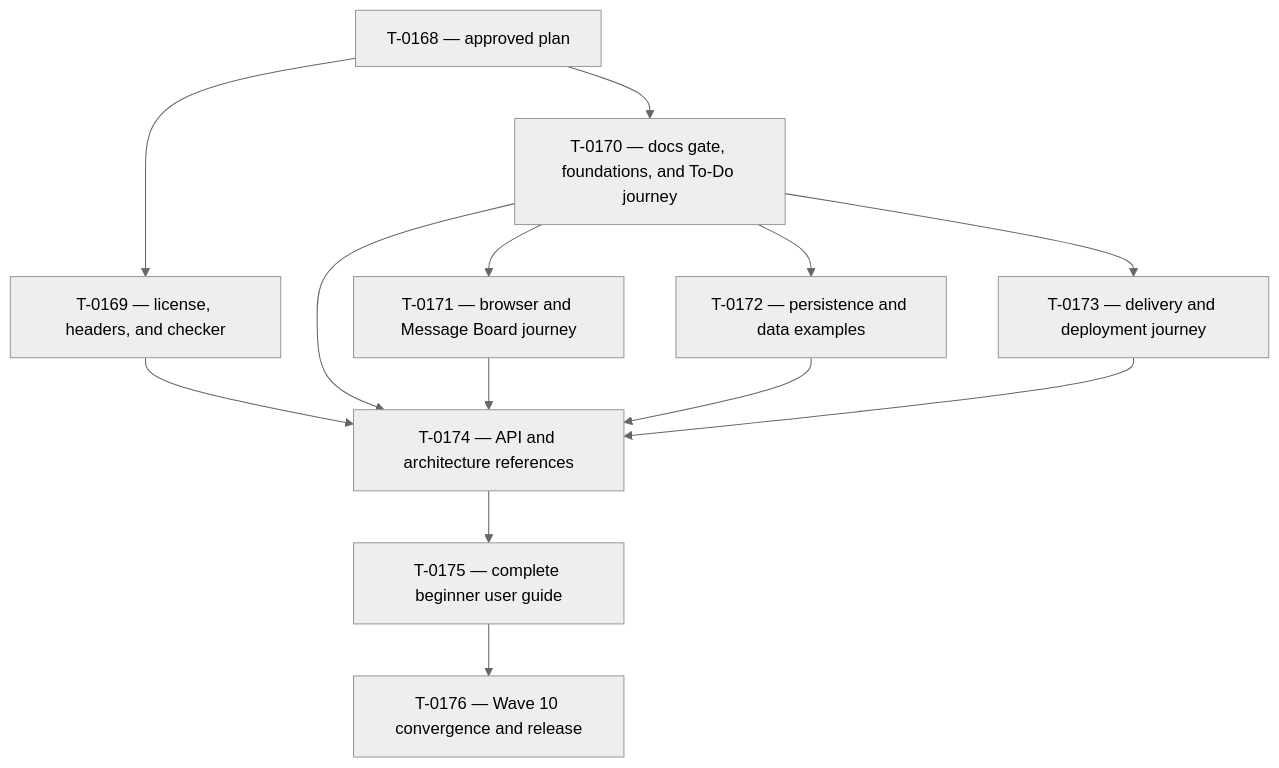
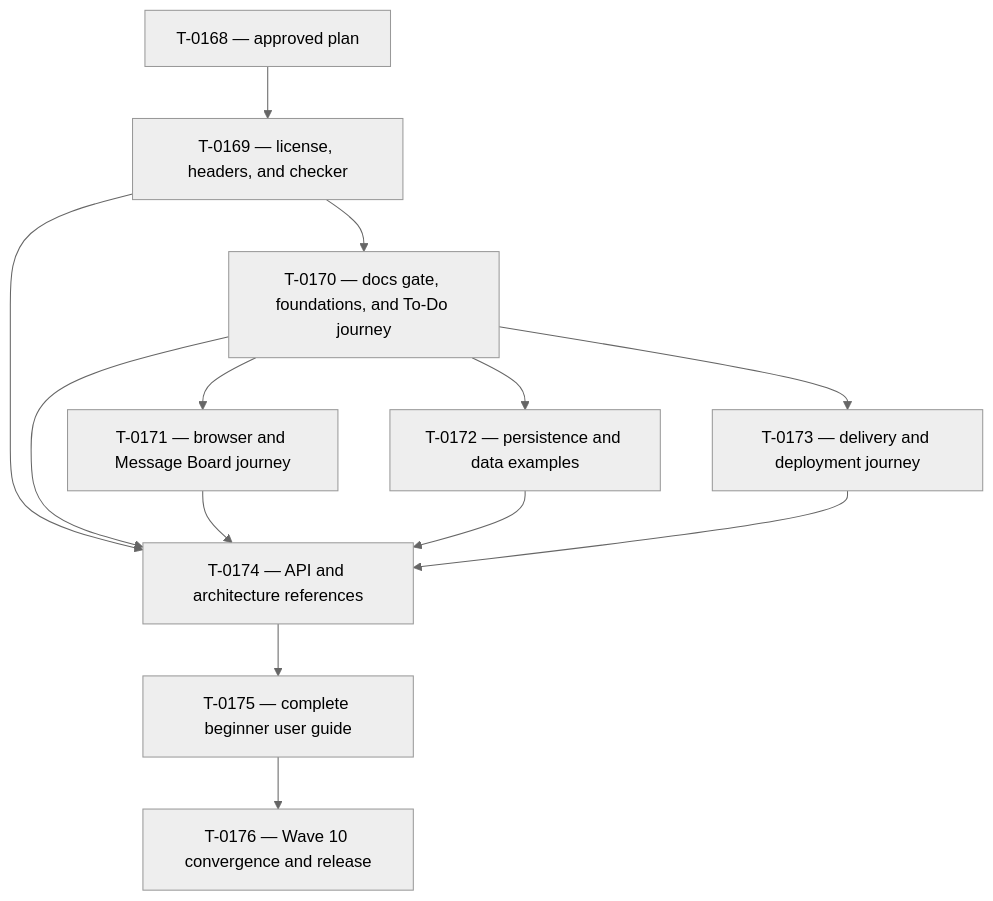
The diagram in build-protocol/planning/WAVE_10_BEGINNER_DOCUMENTATION_COPYRIGHT_PLAN.md (SpineEventEngine/spine-ts), drawn with Mermaid (neutral theme) before and after one commit. The commit also changed other lines of this file and 3 other files, not shown here.

````diff
--- a/build-protocol/planning/WAVE_10_BEGINNER_DOCUMENTATION_COPYRIGHT_PLAN.md
+++ b/build-protocol/planning/WAVE_10_BEGINNER_DOCUMENTATION_COPYRIGHT_PLAN.md
@@ -280,15 +285,15 @@
 ```mermaid
 flowchart TD
     P["T-0168 — approved plan"] --> L["T-0169 — license, headers, and checker"]
-    P --> F["T-0170 — docs gate, foundations, and To-Do journey"]
+    L --> F["T-0170 — docs gate, foundations, and To-Do journey"]
     F --> B["T-0171 — browser and Message Board journey"]
     F --> S["T-0172 — persistence and data examples"]
     F --> O["T-0173 — delivery and deployment journey"]
     L --> A["T-0174 — API and architecture references"]
     F --> A["T-0174 — API and architecture references"]
     B --> A
     S --> A
     O --> A
     A --> G["T-0175 — complete beginner user guide"]
     G --> C["T-0176 — Wave 10 convergence and release"]
 ```
````
